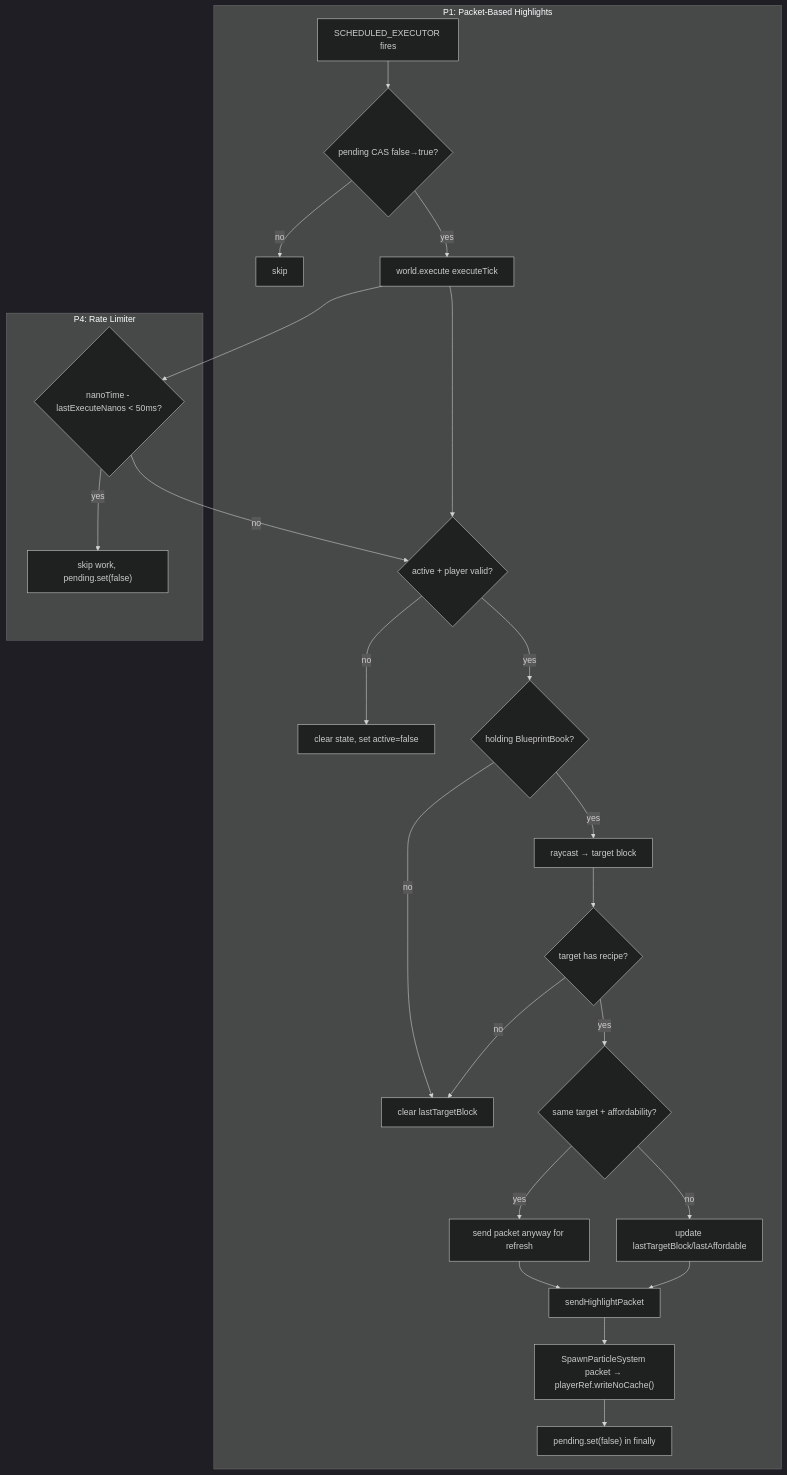
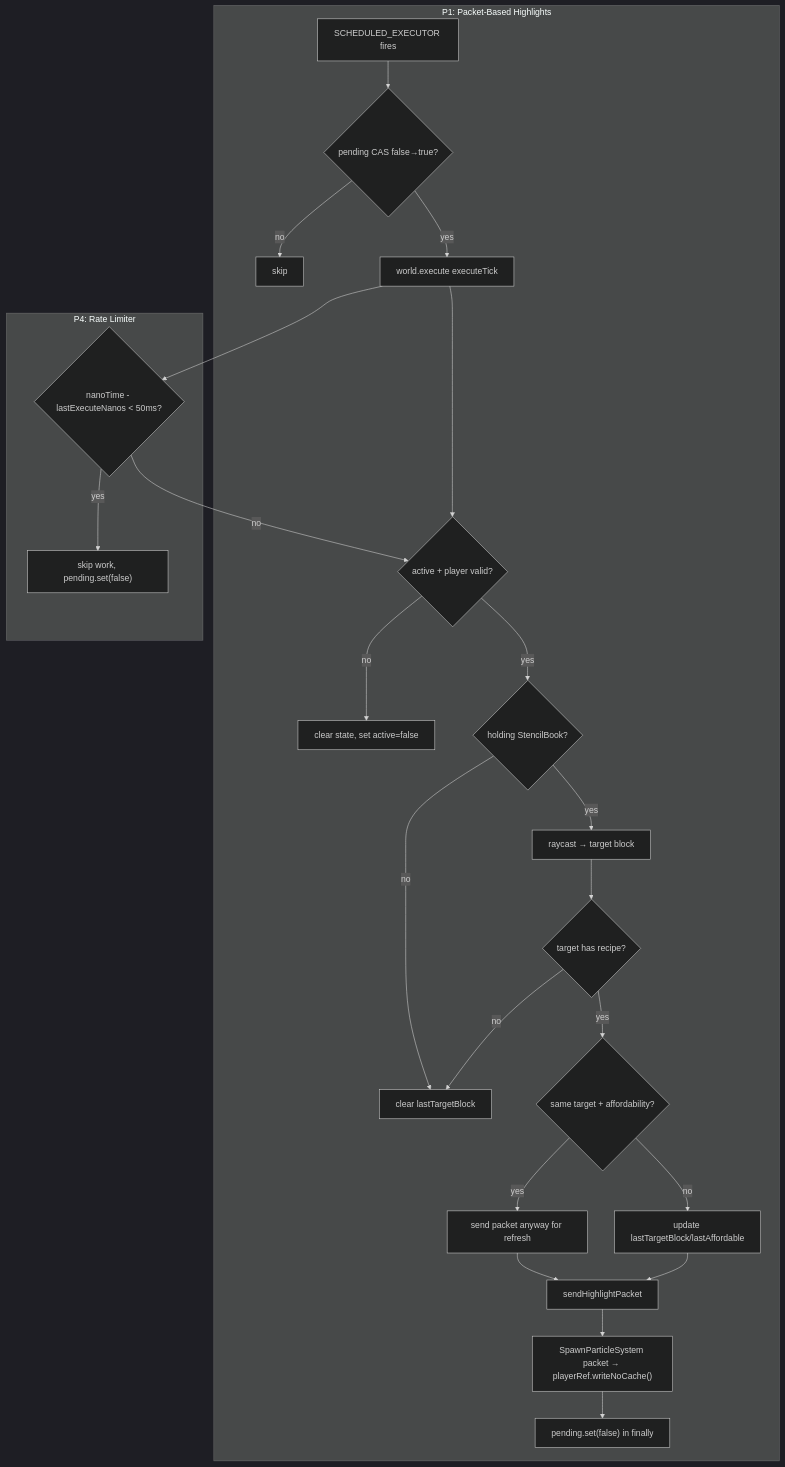
The second of 4 diagrams in docs/design-particle-loop-freeze-fix.md (TheCodeCreature/Hytale-Example-Plugin), drawn with Mermaid (dark theme) before and after one commit. The commit also changed other lines of this file and 289 other files, not shown here.

````diff
--- a/docs/design-particle-loop-freeze-fix.md
+++ b/docs/design-particle-loop-freeze-fix.md
@@ -68,28 +68,28 @@
 ```mermaid
 graph TB
     subgraph P1["P1: Packet-Based Highlights"]
         A[SCHEDULED_EXECUTOR fires] --> B{pending CAS false→true?}
         B -->|no| C[skip]
         B -->|yes| D[world.execute executeTick]
         D --> E{active + player valid?}
         E -->|no| F[clear state, set active=false]
-        E -->|yes| G{holding BlueprintBook?}
+        E -->|yes| G{holding StencilBook?}
         G -->|no| H[clear lastTargetBlock]
         G -->|yes| I[raycast → target block]
         I --> J{target has recipe?}
         J -->|no| H
         J -->|yes| K{same target + affordability?}
         K -->|yes| L[send packet anyway for refresh]
         K -->|no| M[update lastTargetBlock/lastAffordable]
         L --> N[sendHighlightPacket]
         M --> N
         N --> O["SpawnParticleSystem packet → playerRef.writeNoCache()"]
         O --> P["pending.set(false) in finally"]
     end
 
     subgraph P4["P4: Rate Limiter"]
         D --> Q{nanoTime - lastExecuteNanos < 50ms?}
         Q -->|yes| R["skip work, pending.set(false)"]
         Q -->|no| E
     end
 ```
````
